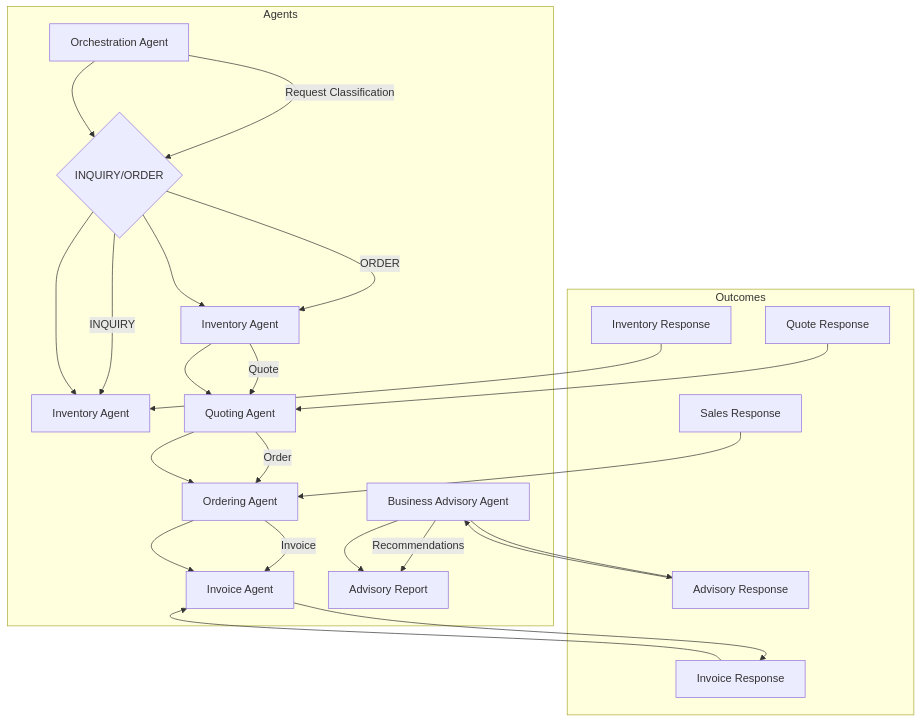
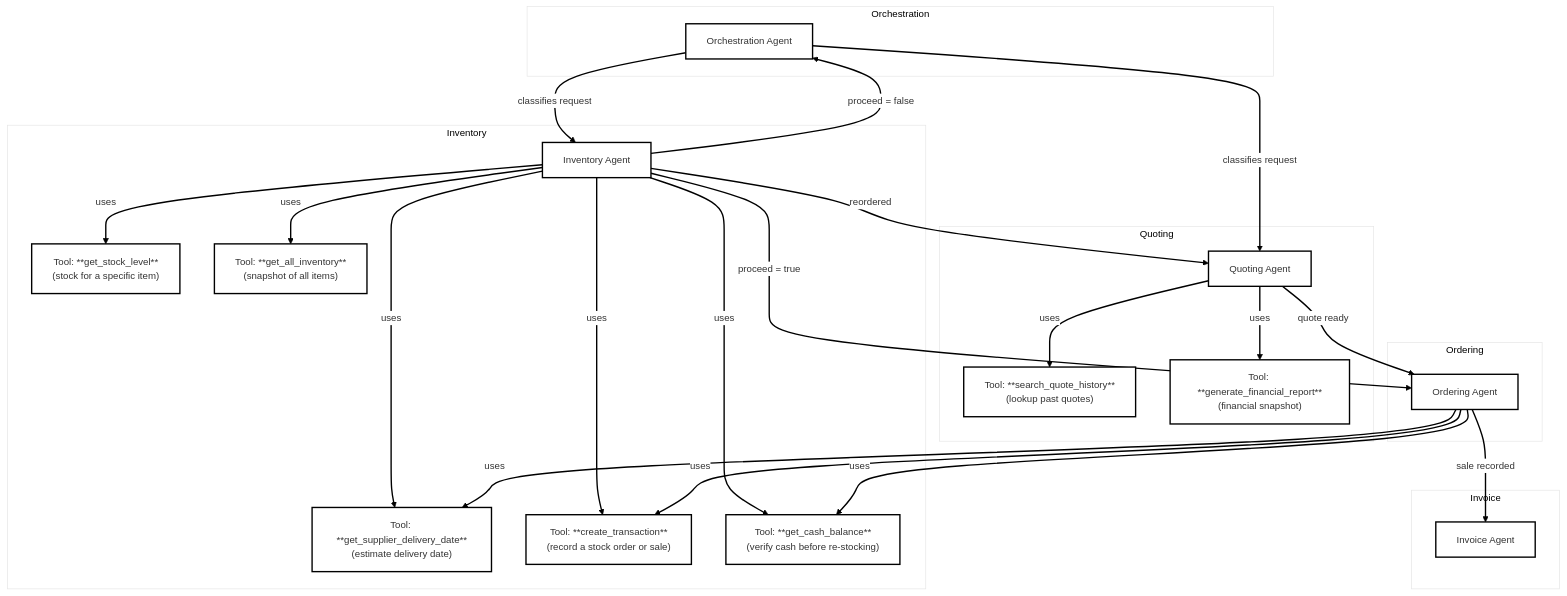
The diagram in img/agent_workflow_diagram.mmd (EduardoNicacio/Udacity-AgenticAI-Beavers-Choice-Paper-Company), drawn with Mermaid before and after one commit. The commit also changed 6 other files, not shown here.

```diff
--- a/img/agent_workflow_diagram.mmd
+++ b/img/agent_workflow_diagram.mmd
@@ -1,43 +1,51 @@
 ---
 config:
+  theme: neo
+  themeVariables:
+    primaryColor: '#4c8bf5'
+    edgeLabelBackground: '#fff'
   layout: fixed
-  theme: mc
 ---
 flowchart TB
- subgraph Agents["Agents"]
-        B{"INQUIRY/ORDER"}
-        A["Orchestration Agent"]
-        C["Inventory Agent"]
-        D["Inventory Agent"]
-        E["Quoting Agent"]
-        F["Ordering Agent"]
-        G["Invoice Agent"]
-        I["Advisory Report"]
-        H["Business Advisory Agent"]
+ subgraph Orchestration["Orchestration"]
+        O["Orchestration Agent"]
   end
- subgraph Outcomes["Outcomes"]
-        J["Inventory Response"]
-        K["Quote Response"]
-        L["Sales Response"]
-        M["Invoice Response"]
-        N["Advisory Response"]
+ subgraph Inventory["Inventory"]
+        I["Inventory Agent"]
+        get_stock_level["Tool: **get_stock_level**<br>(stock for a specific item)"]
+        get_supplier_delivery_date["Tool: **get_supplier_delivery_date**<br>(estimate delivery date)"]
+        create_transaction["Tool: **create_transaction**<br>(record a stock order or sale)"]
+        get_all_inventory["Tool: **get_all_inventory**<br>(snapshot of all items)"]
+        get_cash_balance["Tool: **get_cash_balance**<br>(verify cash before re-stocking)"]
   end
-    A -- Request Classification --> B
-    B -- INQUIRY --> C
-    B -- ORDER --> D
-    D -- Quote --> E
-    E -- Order --> F
-    F -- Invoice --> G
-    H -- Recommendations --> I
-    J --> C
-    L --> F
-    M --> G
-    N --> H
-    A --> B
-    B --> C & D
-    D --> E
-    E --> F
-    F --> G
-    G --> M
-    H --> I & N
-    K --> E
+ subgraph Quoting["Quoting"]
+        Q["Quoting Agent"]
+        search_quote_history["Tool: **search_quote_history**<br>(lookup past quotes)"]
+        generate_financial_report["Tool: **generate_financial_report**<br>(financial snapshot)"]
+  end
+ subgraph Ordering["Ordering"]
+        S["Ordering Agent"]
+  end
+ subgraph Invoice["Invoice"]
+        Inv["Invoice Agent"]
+  end
+    I -- uses --> get_stock_level & get_supplier_delivery_date & create_transaction & get_all_inventory & get_cash_balance
+    Q -- uses --> search_quote_history & generate_financial_report
+    S -- uses --> get_cash_balance & create_transaction & get_supplier_delivery_date
+    O -- classifies request --> I & Q
+    I -- "proceed = true" --> S
+    I -- "proceed = false" --> O
+    Q -- quote ready --> S
+    S -- sale recorded --> Inv
+    I -- reordered --> Q
+
+     get_stock_level:::tool
+     get_supplier_delivery_date:::tool
+     get_supplier_delivery_date:::tool
+     create_transaction:::tool
+     create_transaction:::tool
+     get_all_inventory:::tool
+     get_cash_balance:::tool
+     get_cash_balance:::tool
+     search_quote_history:::tool
+     generate_financial_report:::tool
```
